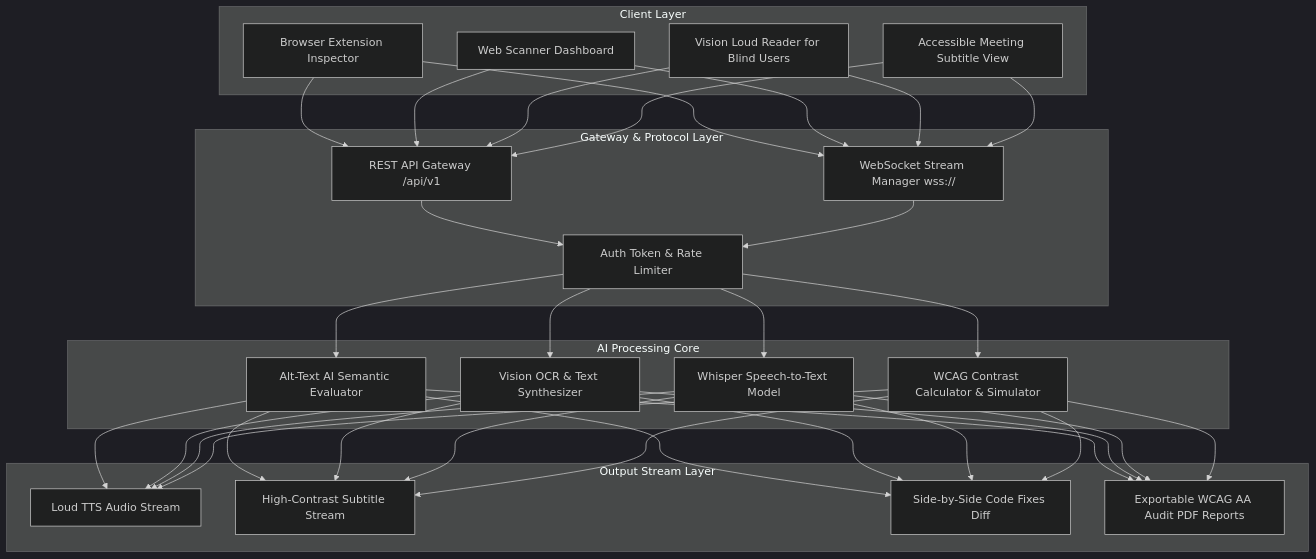
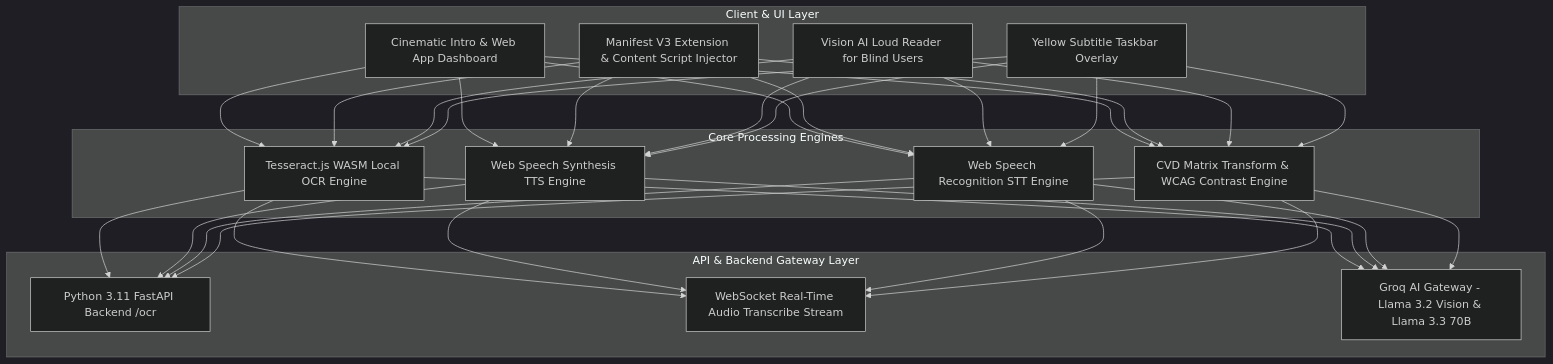
Before and after one commit to diyaapoulkar-alt/AccessAI: the diagram in README.md, drawn with Mermaid (dark theme). The commit also changed other lines of this file and 2 other files, not shown here.

Commit message:
docs(readme): professional README overhaul with tech stack architecture and individual contributions; play intro animation on refresh

````diff
--- a/README.md
+++ b/README.md
@@ -46,34 +48,25 @@
 ```mermaid
 graph TD
-    subgraph Client Layer
-        A[Browser Extension Inspector]
-        B[Web Scanner Dashboard]
-        C[Vision Loud Reader for Blind Users]
-        D[Accessible Meeting Subtitle View]
+    subgraph Client & UI Layer
+        A[Cinematic Intro & Web App Dashboard]
+        B[Manifest V3 Extension & Content Script Injector]
+        C[Vision AI Loud Reader for Blind Users]
+        D[Yellow Subtitle Taskbar Overlay]
     end
 
-    subgraph Gateway & Protocol Layer
-        E[REST API Gateway /api/v1]
-        F[WebSocket Stream Manager wss://]
-        G[Auth Token & Rate Limiter]
+    subgraph Core Processing Engines
+        E[Tesseract.js WASM Local OCR Engine]
+        F[Web Speech Synthesis TTS Engine]
+        G[Web Speech Recognition STT Engine]
+        H[CVD Matrix Transform & WCAG Contrast Engine]
     end
 
-    subgraph AI Processing Core
-        H[Alt-Text AI Semantic Evaluator]
-        I[Vision OCR & Text Synthesizer]
-        J[Whisper Speech-to-Text Model]
-        K[WCAG Contrast Calculator & Simulator]
+    subgraph API & Backend Gateway Layer
+        I[Python 3.11 FastAPI Backend /ocr]
+        J[WebSocket Real-Time Audio Transcribe Stream]
+        K[Groq AI Gateway - Llama 3.2 Vision & Llama 3.3 70B]
     end
 
-    subgraph Output Stream Layer
-        L[Loud TTS Audio Stream]
-        M[High-Contrast Subtitle Stream]
-        N[Side-by-Side Code Fixes Diff]
-        O[Exportable WCAG AA Audit PDF Reports]
-    end
-
-    A & B & C & D --> E & F
-    E & F --> G
-    G --> H & I & J & K
-    H & I & J & K --> L & M & N & O
+    A & B & C & D --> E & F & G & H
+    E & F & G & H --> I & J & K
 ```
````
